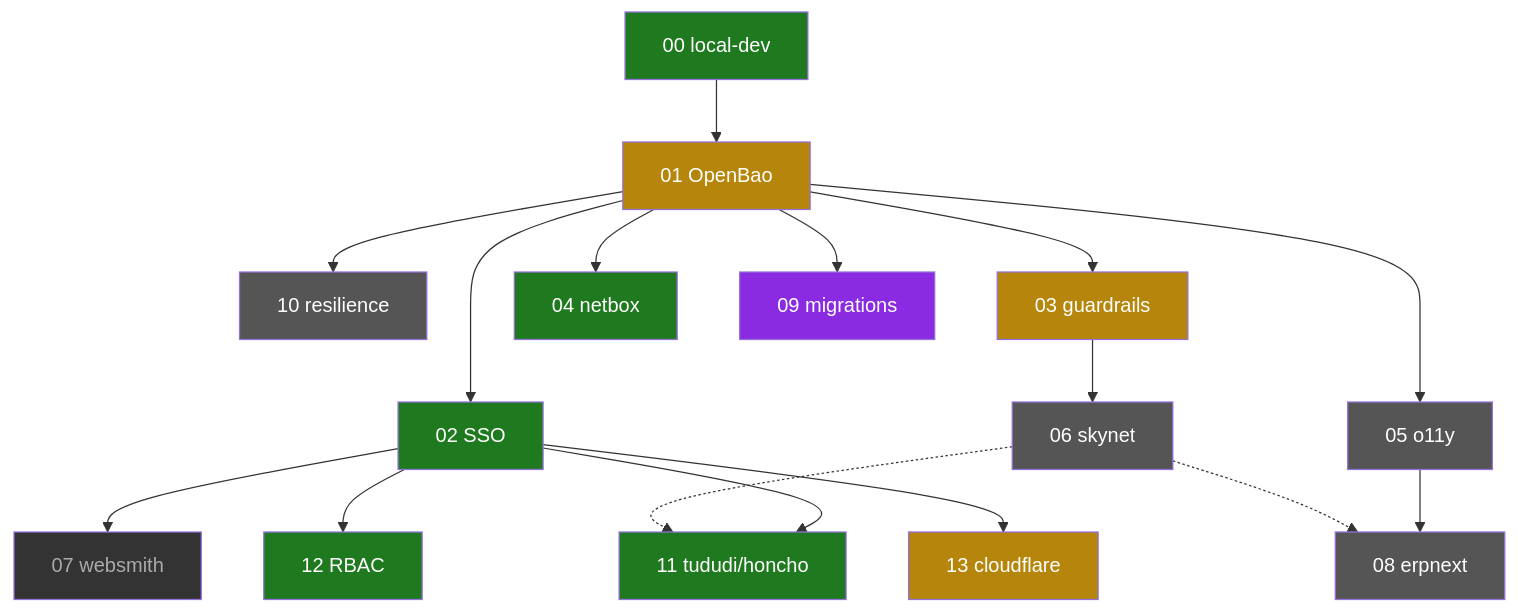
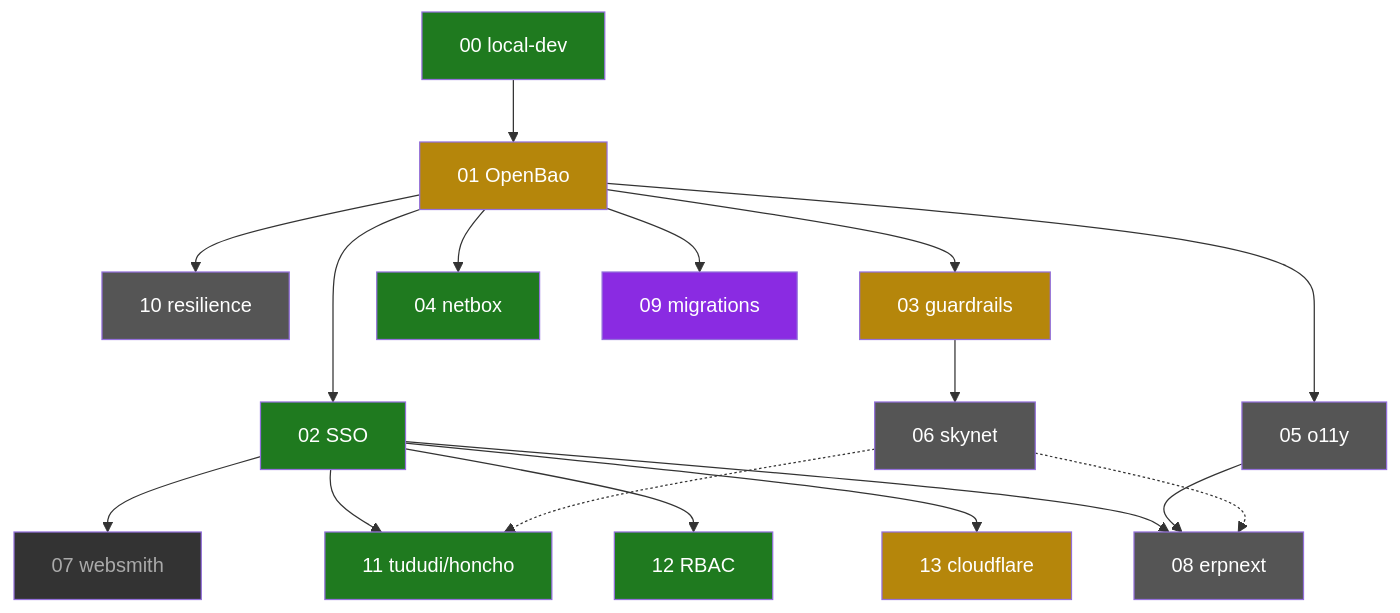
The diagram in plan/development/README.md (uhstray-io/agent-cloud), drawn with Mermaid before and after one commit. The commit also changed other lines of this file, not shown here.

Commit message:
docs(plan): address roadmap review feedback

````diff
--- a/plan/development/README.md
+++ b/plan/development/README.md
@@ -42,23 +42,24 @@
 ```mermaid
 flowchart TD
   00[00 local-dev]:::live --> 01[01 OpenBao]:::partial
   01 --> 02[02 SSO]:::live
   01 --> 03[03 guardrails]:::partial
   01 --> 04[04 netbox]:::live
   01 --> 05[05 o11y]:::planned
   01 --> 09[09 migrations]:::held
   01 --> 10[10 resilience]:::planned
   03 --> 06[06 skynet]:::planned
   02 --> 07[07 websmith]:::parked
   02 --> 11[11 tududi/honcho]:::live
   02 --> 12[12 RBAC]:::live
   02 --> 13[13 cloudflare]:::partial
+  02 --> 08[08 erpnext]:::planned
   05 --> 08[08 erpnext]:::planned
   06 -.-> 08
   06 -.-> 11
   classDef live fill:#1f7a1f,color:#fff
   classDef partial fill:#b5860b,color:#fff
   classDef planned fill:#555,color:#fff
   classDef held fill:#8a2be2,color:#fff
   classDef parked fill:#333,color:#aaa
 ```
````
